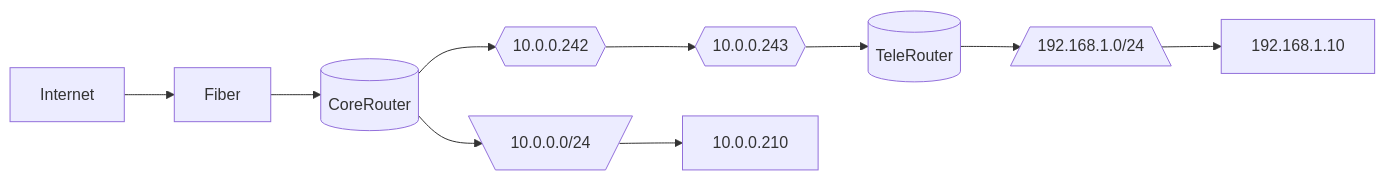
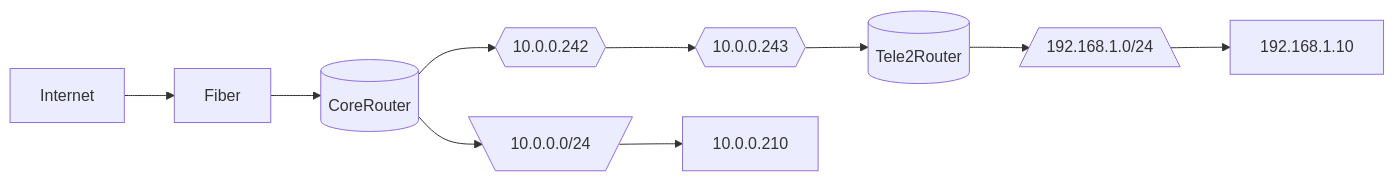
The second of 2 diagrams in Topology.md (notkasim/DOCS), drawn with Mermaid before and after one commit. The commit also changed other lines of this file, not shown here.

````diff
--- a/Topology.md
+++ b/Topology.md
@@ -19,24 +22,24 @@
 ```mermaid
 graph LR;
     core[(CoreRouter)]
-    tele2[(TeleRouter)]
+    tele2[(Tele2Router)]
     core_link{{10.0.0.242}}
     tele2_link{{10.0.0.243}}
     core_net[\10.0.0.0/24/]
     tele2_net[/192.168.1.0/24\]
 
     
     Internet-->Fiber;
     Fiber-->core;
     core-->core_net-->10.0.0.210;
     core-->core_link;
     core_link-->tele2_link;
     tele2_link-->tele2;
     tele2-->tele2_net-->192.168.1.10;
 
 
 
 
 
 
 ```
````
